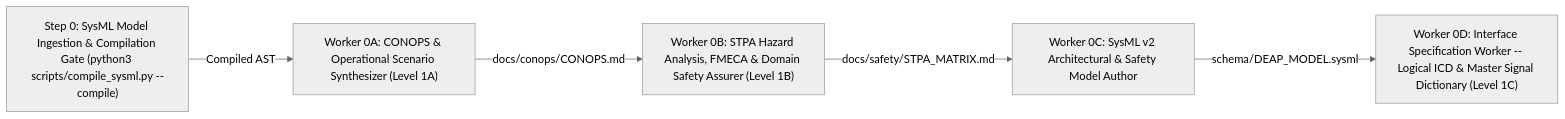
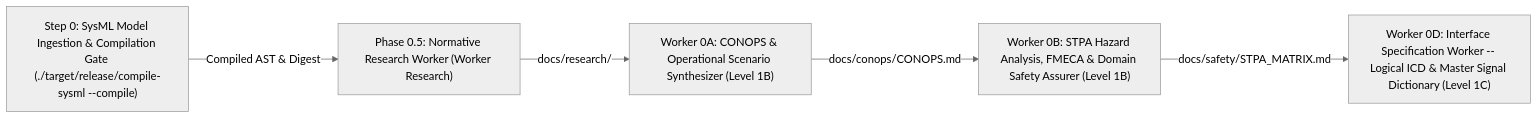
One commit to gintatkinson/DEAP01-spec-core changed the first of 4 diagrams in README.md. Above: the diagram before and after it, drawn with Mermaid (neutral theme). The commit also changed other lines of this file and 5 other files, not shown here.

Commit message:
fix(orchestrator): sequence model compilation before research and conops in pipeline 0 (refs #311)

````diff
--- a/README.md
+++ b/README.md
@@ -507,8 +507,8 @@
 ```mermaid
 flowchart LR
-    Step0["Step 0: SysML Model Ingestion & Compilation Gate (python3 scripts/compile_sysml.py --compile)"]
-    Step0 -->|"Compiled AST"| Worker_0A["Worker 0A: CONOPS & Operational Scenario Synthesizer (Level 1A)"]
+    Step0["Step 0: SysML Model Ingestion & Compilation Gate (./target/release/compile-sysml --compile)"]
+    Step0 -->|"Compiled AST & Digest"| Worker_R["Phase 0.5: Normative Research Worker (Worker Research)"]
+    Worker_R -->|"docs/research/"| Worker_0A["Worker 0A: CONOPS & Operational Scenario Synthesizer (Level 1B)"]
     Worker_0A -->|"docs/conops/CONOPS.md"| Worker_0B["Worker 0B: STPA Hazard Analysis, FMECA & Domain Safety Assurer (Level 1B)"]
-    Worker_0B -->|"docs/safety/STPA_MATRIX.md"| Worker_0C["Worker 0C: SysML v2 Architectural & Safety Model Author"]
-    Worker_0C -->|"schema/DEAP_MODEL.sysml"| Worker_0D["Worker 0D: Interface Specification Worker -- Logical ICD & Master Signal Dictionary (Level 1C)"]
+    Worker_0B -->|"docs/safety/STPA_MATRIX.md"| Worker_0D["Worker 0D: Interface Specification Worker -- Logical ICD & Master Signal Dictionary (Level 1C)"]
 ```
````
